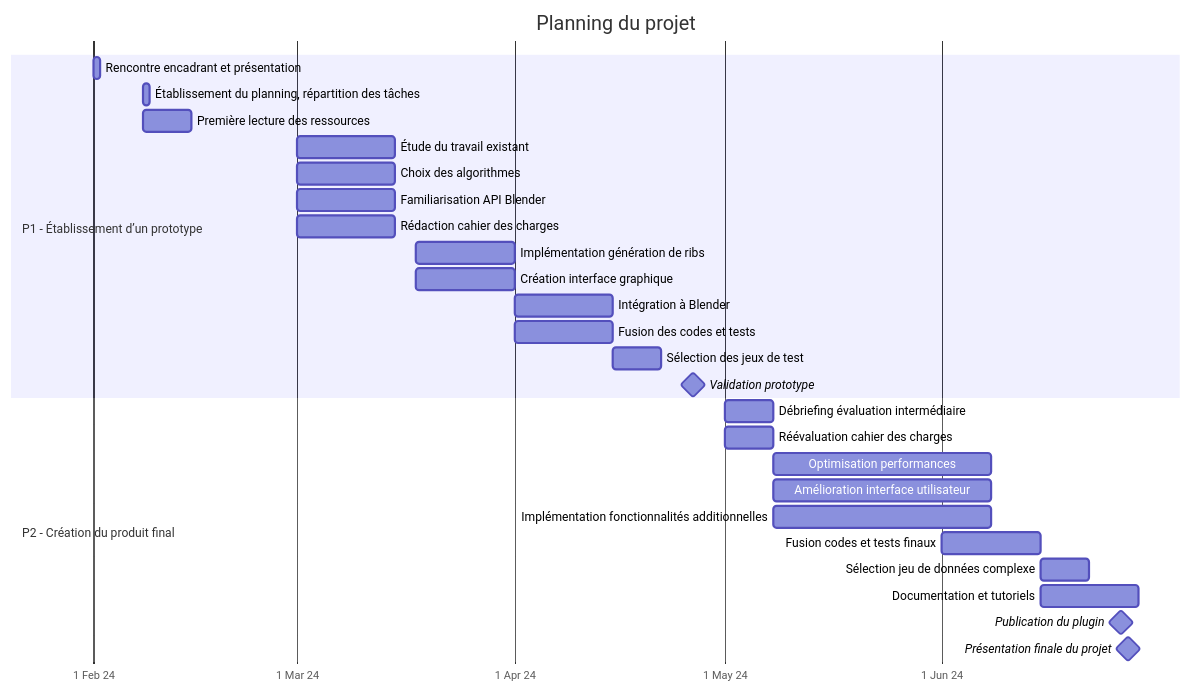
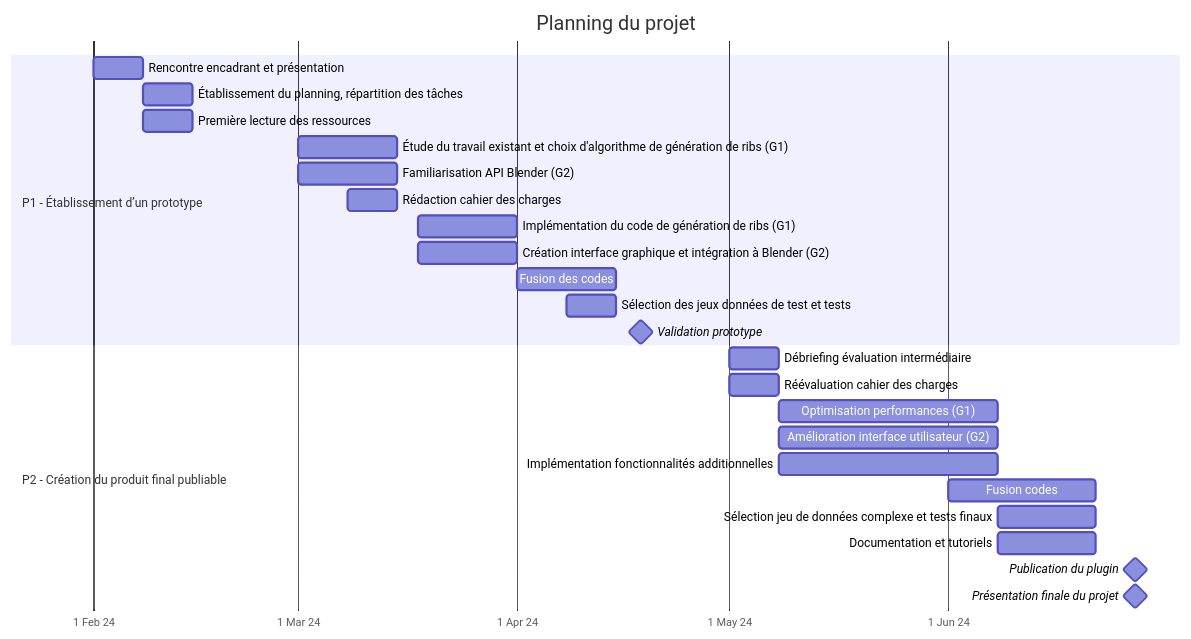
Before and after one commit to AlexisSkynner/Spineloft: the diagram in PLANNING.md, drawn with Mermaid. The commit also changed other lines of this file, not shown here.

````diff
--- a/PLANNING.md
+++ b/PLANNING.md
@@ -15,36 +15,34 @@
 ```mermaid
 gantt
 title Planning du projet
 dateFormat DD/MM/YYYY
 axisFormat %e %b %y
 tickInterval 1month
 weekday monday
 todayMarker off
 
 section P1 - Établissement d’un prototype
-Rencontre encadrant et présentation: 01/02/2024, 1d
-Établissement du planning, répartition des tâches: 08/02/2024, 1d
+Rencontre encadrant et présentation: 01/02/2024, 1w
+Établissement du planning, répartition des tâches: 08/02/2024, 1w
 Première lecture des ressources: 08/02/2024, 1w
-Étude du travail existant: 01/03/2024, 2w
-Choix des algorithmes: 01/03/2024, 2w
-Familiarisation API Blender: 01/03/2024, 2w
-Rédaction cahier des charges: 01/03/2024, 2w
-Implémentation génération de ribs: 18/03/2024, 2w
-Création interface graphique: 18/03/2024, 2w
-Intégration à Blender: 01/04/2024, 2w
-Fusion des codes et tests: 01/04/2024, 2w
-Sélection des jeux de test: 15/04/2024, 1w
-Validation prototype: milestone, 26/04/2024, 1d
+Étude du travail existant et choix d'algorithme de génération de ribs (G1) : 01/03/2024, 2w
+Familiarisation API Blender (G2): 01/03/2024, 2w
+Rédaction cahier des charges: 08/03/2024, 1w
+Implémentation du code de génération de ribs (G1): 18/03/2024, 2w
+Création interface graphique et intégration à Blender (G2): 18/03/2024, 2w
+Fusion des codes : 01/04/2024, 2w
+Sélection des jeux données de test et tests : 08/04/2024, 1w
+Validation prototype: milestone, 18/04/2024, 1d
 
-section P2 - Création du produit final
+section P2 - Création du produit final publiable
 Débriefing évaluation intermédiaire: 01/05/2024, 1w
 Réévaluation cahier des charges: 01/05/2024, 1w
-Optimisation performances: 08/05/2024, 1M
-Amélioration interface utilisateur: 08/05/2024, 1M
+Optimisation performances (G1): 08/05/2024, 1M
+Amélioration interface utilisateur (G2): 08/05/2024, 1M
 Implémentation fonctionnalités additionnelles: 08/05/2024, 1M
-Fusion codes et tests finaux: 01/06/2024, 2w
-Sélection jeu de données complexe: 15/06/2024, 1w
-Documentation et tutoriels: 15/06/2024, 2w
-Publication du plugin: milestone, 26/06/2024, 1d
+Fusion codes : 01/06/2024, 3w
+Sélection jeu de données complexe et tests finaux: 08/06/2024, 2w
+Documentation et tutoriels: 08/06/2024, 2w
+Publication du plugin: milestone, 27/06/2024, 1d
 Présentation finale du projet: milestone, 27/06/2024, 1d
 ```
````
